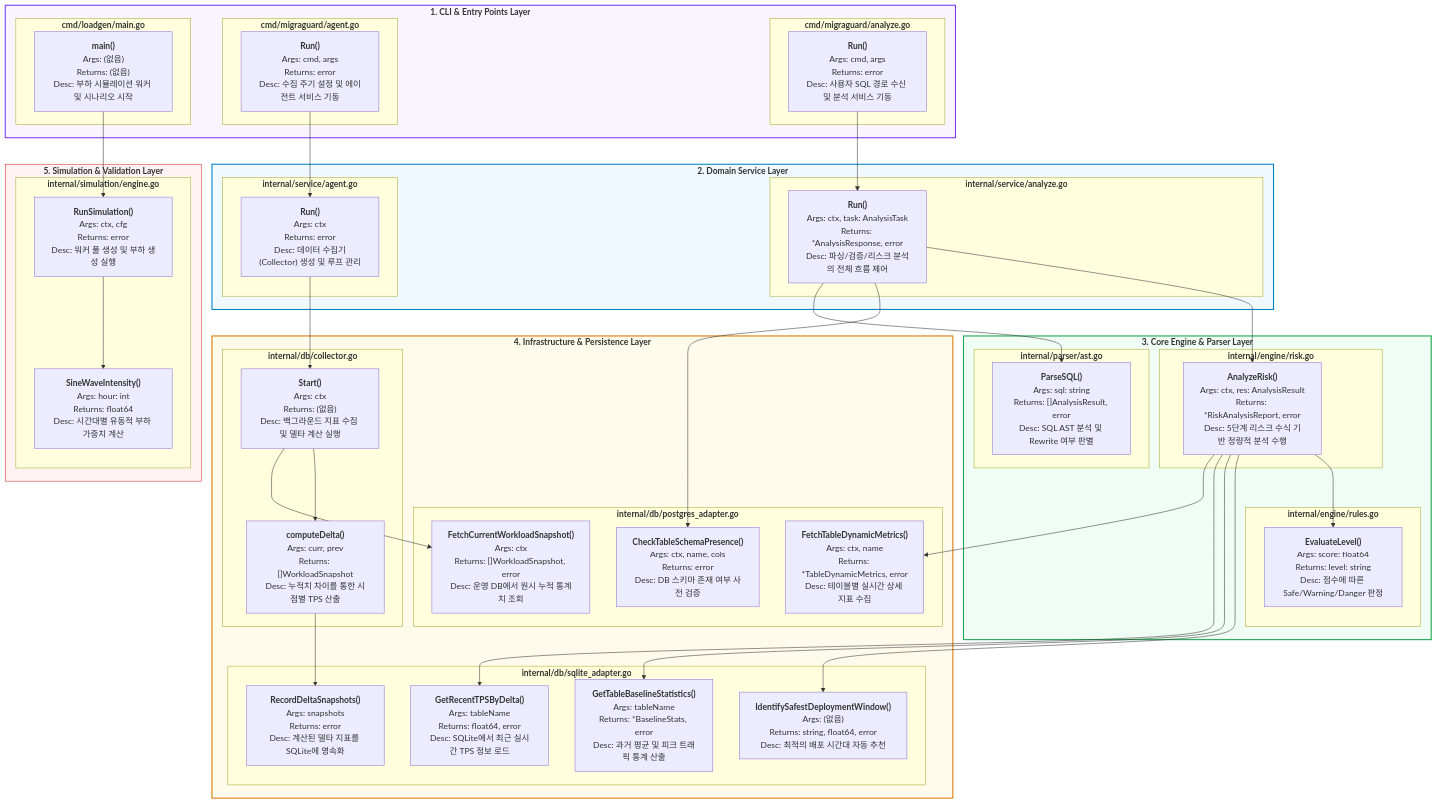
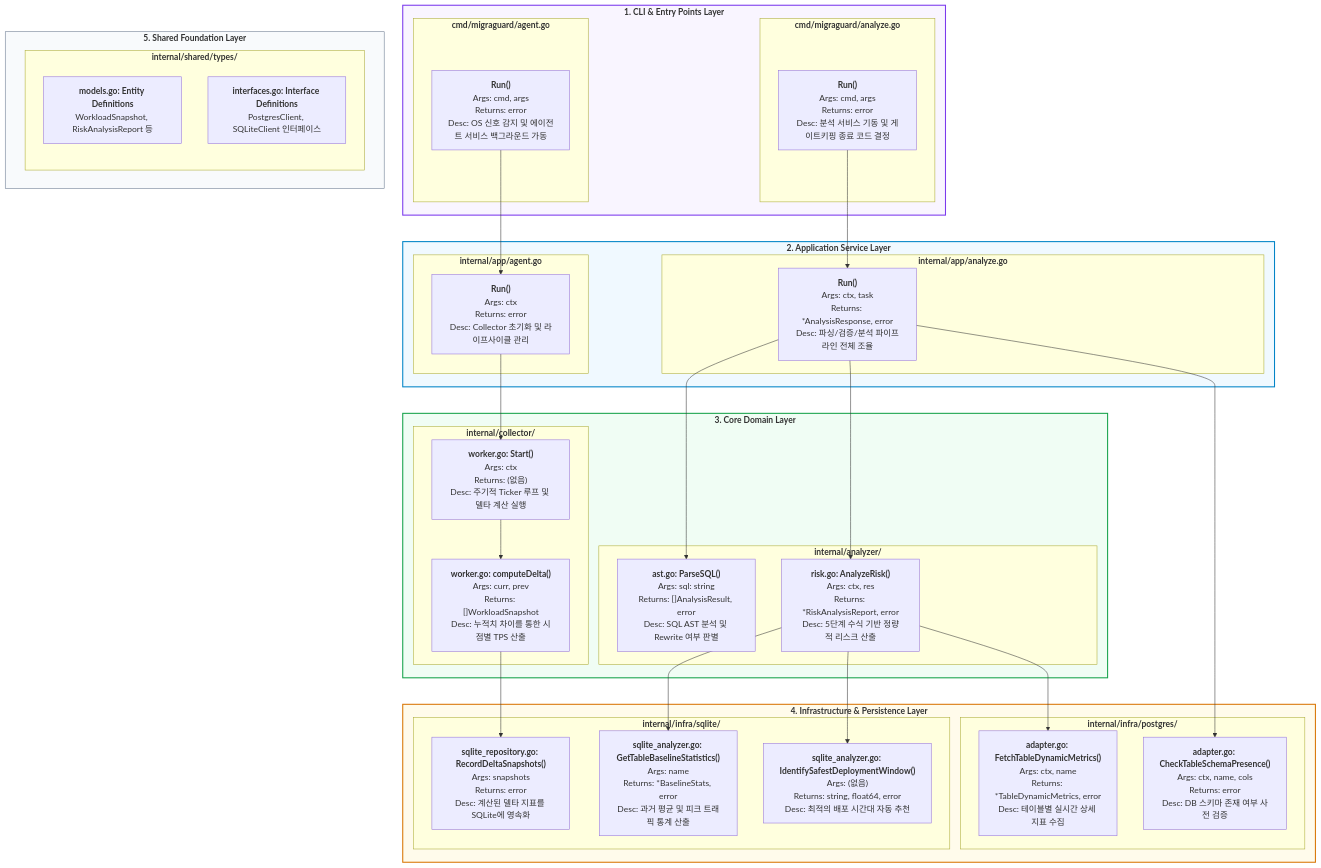
Before and after one commit to Homeria/MigraGuard: the diagram in docs/02_architecture/uml_diagrams/05_holistic_implementation_map.md, drawn with Mermaid. The commit also changed other lines of this file and 48 other files, not shown here.

First line of the commit message:
refactor: transition to Feature-First architecture and enhance risk reporting

````diff
--- a/docs/02_architecture/uml_diagrams/05_holistic_implementation_map.md
+++ b/docs/02_architecture/uml_diagrams/05_holistic_implementation_map.md
@@ -12,113 +11,94 @@
 ```mermaid
 graph TD
     %% ==========================================
-    %% 1. CLI Layer (사용자 접점)
+    %% 1. CLI Layer
     %% ==========================================
     subgraph LAYER_CLI [<b>1. CLI & Entry Points Layer</b>]
         style LAYER_CLI fill:#f9f5ff,stroke:#7c3aed,stroke-width:2px
 
         subgraph CMD_ANALYZE ["<b>cmd/migraguard/analyze.go</b>"]
-            CA_Run["<b>Run()</b><br/>Args: cmd, args<br/>Returns: error<br/>Desc: 사용자 SQL 경로 수신 및 분석 서비스 기동"]
+            CA_Run["<b>Run()</b><br/>Args: cmd, args<br/>Returns: error<br/>Desc: 분석 서비스 기동 및 게이트키핑 종료 코드 결정"]
         end
 
         subgraph CMD_AGENT ["<b>cmd/migraguard/agent.go</b>"]
-            CG_Run["<b>Run()</b><br/>Args: cmd, args<br/>Returns: error<br/>Desc: 수집 주기 설정 및 에이전트 서비스 기동"]
-        end
-
-        subgraph CMD_LOADGEN ["<b>cmd/loadgen/main.go</b>"]
-            CL_Main["<b>main()</b><br/>Args: (없음)<br/>Returns: (없음)<br/>Desc: 부하 시뮬레이션 워커 및 시나리오 시작"]
+            CG_Run["<b>Run()</b><br/>Args: cmd, args<br/>Returns: error<br/>Desc: OS 신호 감지 및 에이전트 서비스 백그라운드 가동"]
         end
     end
 
     %% ==========================================
-    %% 2. Service Layer (비즈니스 오케스트레이션)
+    %% 2. App Layer (Application Services)
     %% ==========================================
-    subgraph LAYER_SERVICE [<b>2. Domain Service Layer</b>]
-        style LAYER_SERVICE fill:#f0f9ff,stroke:#0284c7,stroke-width:2px
+    subgraph LAYER_APP [<b>2. Application Service Layer</b>]
+        style LAYER_APP fill:#f0f9ff,stroke:#0284c7,stroke-width:2px
 
-        subgraph SVC_ANALYZE ["<b>internal/service/analyze.go</b>"]
-            SA_Run["<b>Run()</b><br/>Args: ctx, task: AnalysisTask<br/>Returns: *AnalysisResponse, error<br/>Desc: 파싱/검증/리스크 분석의 전체 흐름 제어"]
+        subgraph APP_ANALYZE ["<b>internal/app/analyze.go</b>"]
+            AA_Run["<b>Run()</b><br/>Args: ctx, task<br/>Returns: *AnalysisResponse, error<br/>Desc: 파싱/검증/분석 파이프라인 전체 조율"]
         end
 
-        subgraph SVC_AGENT ["<b>internal/service/agent.go</b>"]
-            SG_Run["<b>Run()</b><br/>Args: ctx<br/>Returns: error<br/>Desc: 데이터 수집기(Collector) 생성 및 루프 관리"]
+        subgraph APP_AGENT ["<b>internal/app/agent.go</b>"]
+            AG_Run["<b>Run()</b><br/>Args: ctx<br/>Returns: error<br/>Desc: Collector 초기화 및 라이프사이클 관리"]
         end
     end
 
     %% ==========================================
-    %% 3. Core Engine Layer (핵심 알고리즘 및 파서)
+    %% 3. Domain Layer (The Logic)
     %% ==========================================
-    subgraph LAYER_CORE [<b>3. Core Engine & Parser Layer</b>]
-        style LAYER_CORE fill:#f0fdf4,stroke:#16a34a,stroke-width:2px
+    subgraph LAYER_DOMAIN [<b>3. Core Domain Layer</b>]
+        style LAYER_DOMAIN fill:#f0fdf4,stroke:#16a34a,stroke-width:2px
 
-        subgraph PARSER_AST ["<b>internal/parser/ast.go</b>"]
-            PA_Parse["<b>ParseSQL()</b><br/>Args: sql: string<br/>Returns: []AnalysisResult, error<br/>Desc: SQL AST 분석 및 Rewrite 여부 판별"]
+        subgraph DOMAIN_ANALYZER ["<b>internal/analyzer/</b>"]
+            PA_Parse["<b>ast.go: ParseSQL()</b><br/>Args: sql: string<br/>Returns: []AnalysisResult, error<br/>Desc: SQL AST 분석 및 Rewrite 여부 판별"]
+            ER_Analyze["<b>risk.go: AnalyzeRisk()</b><br/>Args: ctx, res<br/>Returns: *RiskAnalysisReport, error<br/>Desc: 5단계 수식 기반 정량적 리스크 산출"]
         end
 
-        subgraph ENGINE_RISK ["<b>internal/engine/risk.go</b>"]
-            ER_Analyze["<b>AnalyzeRisk()</b><br/>Args: ctx, res: AnalysisResult<br/>Returns: *RiskAnalysisReport, error<br/>Desc: 5단계 리스크 수식 기반 정량적 분석 수행"]
-        end
-
-        subgraph ENGINE_RULES ["<b>internal/engine/rules.go</b>"]
-            EU_Eval["<b>EvaluateLevel()</b><br/>Args: score: float64<br/>Returns: level: string<br/>Desc: 점수에 따른 Safe/Warning/Danger 판정"]
+        subgraph DOMAIN_COLLECTOR ["<b>internal/collector/</b>"]
+            DC_Start["<b>worker.go: Start()</b><br/>Args: ctx<br/>Returns: (없음)<br/>Desc: 주기적 Ticker 루프 및 델타 계산 실행"]
+            DC_Compute["<b>worker.go: computeDelta()</b><br/>Args: curr, prev<br/>Returns: []WorkloadSnapshot<br/>Desc: 누적치 차이를 통한 시점별 TPS 산출"]
         end
     end
 
     %% ==========================================
-    %% 4. Infrastructure Layer (데이터 저장 및 수집)
+    %% 4. Infra Layer (The Adapters)
     %% ==========================================
     subgraph LAYER_INFRA [<b>4. Infrastructure & Persistence Layer</b>]
         style LAYER_INFRA fill:#fffbeb,stroke:#d97706,stroke-width:2px
 
-        subgraph DB_COLLECTOR ["<b>internal/db/collector.go</b>"]
-            DC_Start["<b>Start()</b><br/>Args: ctx<br/>Returns: (없음)<br/>Desc: 백그라운드 지표 수집 및 델타 계산 실행"]
-            DC_Compute["<b>computeDelta()</b><br/>Args: curr, prev<br/>Returns: []WorkloadSnapshot<br/>Desc: 누적치 차이를 통한 시점별 TPS 산출"]
+        subgraph INFRA_POSTGRES ["<b>internal/infra/postgres/</b>"]
+            DP_Metrics["<b>adapter.go: FetchTableDynamicMetrics()</b><br/>Args: ctx, name<br/>Returns: *TableDynamicMetrics, error<br/>Desc: 테이블별 실시간 상세 지표 수집"]
+            DP_Schema["<b>adapter.go: CheckTableSchemaPresence()</b><br/>Args: ctx, name, cols<br/>Returns: error<br/>Desc: DB 스키마 존재 여부 사전 검증"]
         end
 
-        subgraph DB_POSTGRES ["<b>internal/db/postgres_adapter.go</b>"]
-            DP_Snapshot["<b>FetchCurrentWorkloadSnapshot()</b><br/>Args: ctx<br/>Returns: []WorkloadSnapshot, error<br/>Desc: 운영 DB에서 원시 누적 통계치 조회"]
-            DP_Metrics["<b>FetchTableDynamicMetrics()</b><br/>Args: ctx, name<br/>Returns: *TableDynamicMetrics, error<br/>Desc: 테이블별 실시간 상세 지표 수집"]
-            DP_Schema["<b>CheckTableSchemaPresence()</b><br/>Args: ctx, name, cols<br/>Returns: error<br/>Desc: DB 스키마 존재 여부 사전 검증"]
-        end
-
-        subgraph DB_SQLITE ["<b>internal/db/sqlite_adapter.go</b>"]
-            DS_Record["<b>RecordDeltaSnapshots()</b><br/>Args: snapshots<br/>Returns: error<br/>Desc: 계산된 델타 지표를 SQLite에 영속화"]
-            DS_TPS["<b>GetRecentTPSByDelta()</b><br/>Args: tableName<br/>Returns: float64, error<br/>Desc: SQLite에서 최근 실시간 TPS 정보 로드"]
-            DS_Base["<b>GetTableBaselineStatistics()</b><br/>Args: tableName<br/>Returns: *BaselineStats, error<br/>Desc: 과거 평균 및 피크 트래픽 통계 산출"]
-            DS_Window["<b>IdentifySafestDeploymentWindow()</b><br/>Args: (없음)<br/>Returns: string, float64, error<br/>Desc: 최적의 배포 시간대 자동 추천"]
+        subgraph INFRA_SQLITE ["<b>internal/infra/sqlite/</b>"]
+            DS_Record["<b>sqlite_repository.go: RecordDeltaSnapshots()</b><br/>Args: snapshots<br/>Returns: error<br/>Desc: 계산된 델타 지표를 SQLite에 영속화"]
+            DS_Base["<b>sqlite_analyzer.go: GetTableBaselineStatistics()</b><br/>Args: name<br/>Returns: *BaselineStats, error<br/>Desc: 과거 평균 및 피크 트래픽 통계 산출"]
+            DS_Window["<b>sqlite_analyzer.go: IdentifySafestDeploymentWindow()</b><br/>Args: (없음)<br/>Returns: string, float64, error<br/>Desc: 최적의 배포 시간대 자동 추천"]
         end
     end
 
     %% ==========================================
-    %% 5. Simulation Layer (검증 도구)
+    %% 5. Shared Layer (The Foundation)
     %% ==========================================
-    subgraph LAYER_SIM [<b>5. Simulation & Validation Layer</b>]
-        style LAYER_SIM fill:#fef2f2,stroke:#dc2626,stroke-width:1px
+    subgraph LAYER_SHARED [<b>5. Shared Foundation Layer</b>]
+        style LAYER_SHARED fill:#f8fafc,stroke:#64748b,stroke-width:1px
 
-        subgraph SIM_ENGINE ["<b>internal/simulation/engine.go</b>"]
-            SE_Run["<b>RunSimulation()</b><br/>Args: ctx, cfg<br/>Returns: error<br/>Desc: 워커 풀 생성 및 부하 생성 실행"]
-            SE_Sine["<b>SineWaveIntensity()</b><br/>Args: hour: int<br/>Returns: float64<br/>Desc: 시간대별 유동적 부하 가중치 계산"]
+        subgraph SHARED_TYPES ["<b>internal/shared/types/</b>"]
+            T_Ent["<b>models.go: Entity Definitions</b><br/>WorkloadSnapshot, RiskAnalysisReport 등"]
+            T_Iface["<b>interfaces.go: Interface Definitions</b><br/>PostgresClient, SQLiteClient 인터페이스"]
         end
     end
 
-    %% --- 계층 간 호출 관계 (Cross-Layer Call Flow) ---
-    CA_Run --> SA_Run
-    SA_Run --> PA_Parse
-    SA_Run --> DP_Schema
-    SA_Run --> ER_Analyze
+    %% --- 호출 관계 (Cross-Layer Call Flow) ---
+    CA_Run --> AA_Run
+    AA_Run --> PA_Parse
+    AA_Run --> DP_Schema
+    AA_Run --> ER_Analyze
     
     ER_Analyze --> DP_Metrics
-    ER_Analyze --> DS_TPS
     ER_Analyze --> DS_Base
     ER_Analyze --> DS_Window
-    ER_Analyze --> EU_Eval
 
-    CG_Run --> SG_Run
-    SG_Run --> DC_Start
-    DC_Start --> DP_Snapshot
+    CG_Run --> AG_Run
+    AG_Run --> DC_Start
     DC_Start --> DC_Compute
     DC_Compute --> DS_Record
-    
-    CL_Main --> SE_Run
-    SE_Run --> SE_Sine
 ```
````
